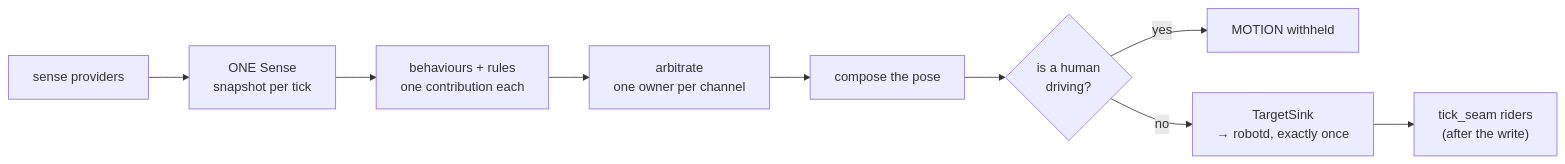
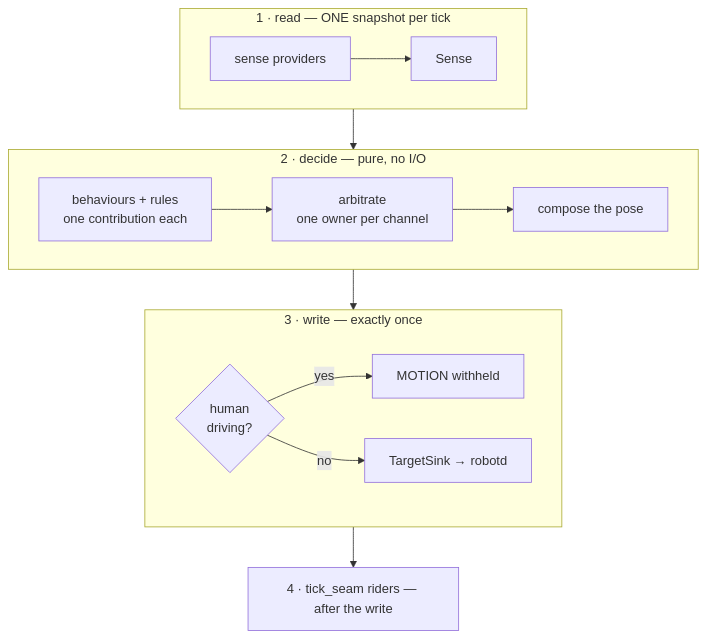
One commit to agentculture/microduck-cli changed the second of 2 diagrams in README.md. Above: the diagram before and after it, drawn with Mermaid. The commit also changed other lines of this file and 4 other files, not shown here.

First line of the commit message:
docs: lead with the simulation, drop neurosymbolic-system, layer the tick diagram

````diff
--- a/README.md
+++ b/README.md
@@ -227,11 +227,17 @@
 ```mermaid
-flowchart LR
-  P["sense providers"] --> SN["ONE Sense<br/>snapshot per tick"]
-  SN --> B["behaviours + rules<br/>one contribution each"]
-  B --> AR["arbitrate<br/>one owner per channel"]
-  AR --> CO["compose the pose"]
-  CO --> HG{"is a human<br/>driving?"}
-  HG -- "yes" --> WH["MOTION withheld"]
-  HG -- "no" --> SK["TargetSink<br/>→ robotd, exactly once"]
-  SK --> TS["tick_seam riders<br/>(after the write)"]
+flowchart TB
+  subgraph read ["1 · read — ONE snapshot per tick"]
+    direction LR
+    P["sense providers"] --> SN["Sense"]
+  end
+  subgraph decide ["2 · decide — pure, no I/O"]
+    direction LR
+    B["behaviours + rules<br/>one contribution each"] --> AR["arbitrate<br/>one owner per channel"] --> CO["compose the pose"]
+  end
+  subgraph write ["3 · write — exactly once"]
+    direction LR
+    HG{"human<br/>driving?"} -- "yes" --> WH["MOTION withheld"]
+    HG -- "no" --> SK["TargetSink → robotd"]
+  end
+  read --> decide --> write --> TS["4 · tick_seam riders — after the write"]
 ```
````
